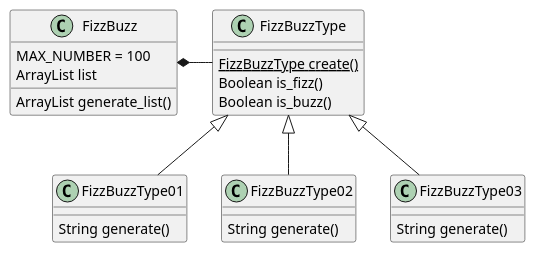
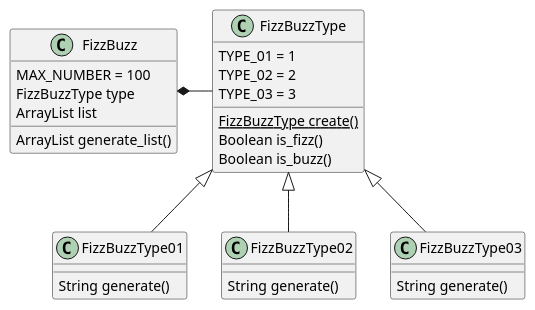
One commit to hiroshima-arc/tdd_rb changed the diagram in docs/src/spec/fizz_buzz.adoc. Above: the diagram before and after it, drawn with PlantUML. The commit also changed 5 other files, not shown here.

Commit message:
docs: クラス図更新

```diff
--- a/docs/src/spec/fizz_buzz.adoc
+++ b/docs/src/spec/fizz_buzz.adoc
@@ -57,31 +57,35 @@
 [plantuml]
 ----
 class FizzBuzz {
     MAX_NUMBER = 100
+    FizzBuzzType type
     ArrayList list
     ArrayList generate_list()
 }
 
 class FizzBuzzType {
+  TYPE_01 = 1
+  TYPE_02 = 2
+  TYPE_03 = 3
   FizzBuzzType {static} create()
   Boolean is_fizz()
   Boolean is_buzz()
 }
 
 class FizzBuzzType01 {
     String generate()
 }
 
 class FizzBuzzType02 {
     String generate()
 }
 
 class FizzBuzzType03 {
     String generate()
 }
 
 FizzBuzz *- FizzBuzzType
 FizzBuzzType <|-- FizzBuzzType01
 FizzBuzzType <|-- FizzBuzzType02
 FizzBuzzType <|-- FizzBuzzType03
 ----
```
